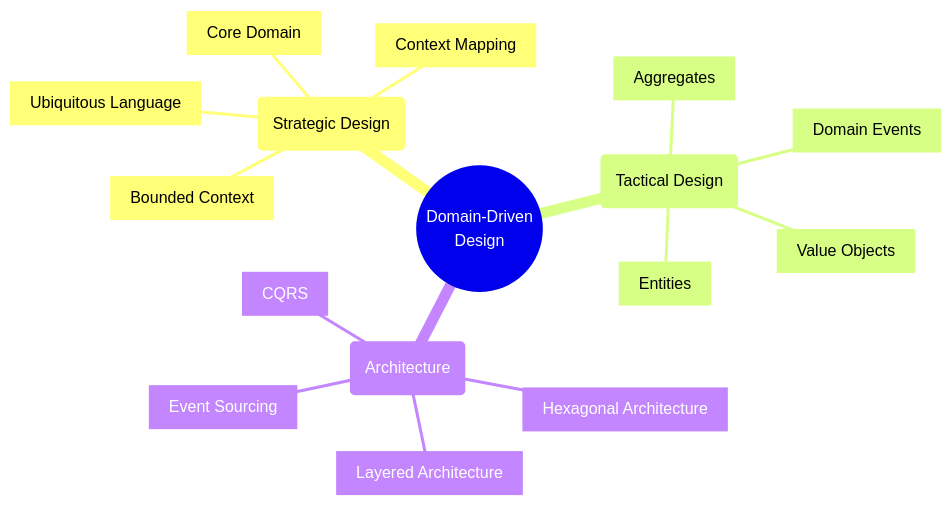
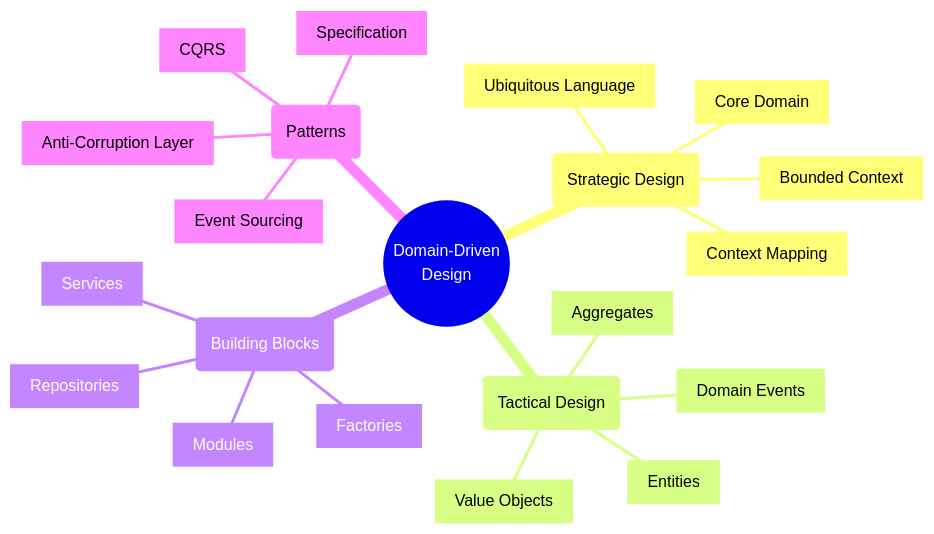
Before and after one commit to saravanakumarrc/Architecture_Journey: the first of 6 diagrams in src/Domain_Driven_Design.md, drawn with Mermaid. The commit also changed other lines of this file and 7 other files, not shown here.

First line of the commit message:
Refactor Trade-off Analysis documentation and enhance architecture governance models

````diff
--- a/src/Domain_Driven_Design.md
+++ b/src/Domain_Driven_Design.md
@@ -3,20 +3,25 @@
 ```mermaid
 mindmap
     root((Domain-Driven
         Design))
         (Strategic Design)
             [Bounded Context]
             [Ubiquitous Language]
             [Context Mapping]
             [Core Domain]
         (Tactical Design)
             [Aggregates]
             [Entities]
             [Value Objects]
             [Domain Events]
-        (Architecture)
-            [Layered Architecture]
-            [Hexagonal Architecture]
+        (Building Blocks)
+            [Repositories]
+            [Factories]
+            [Services]
+            [Modules]
+        (Patterns)
             [CQRS]
             [Event Sourcing]
+            [Specification]
+            [Anti-Corruption Layer]
 ```
````
